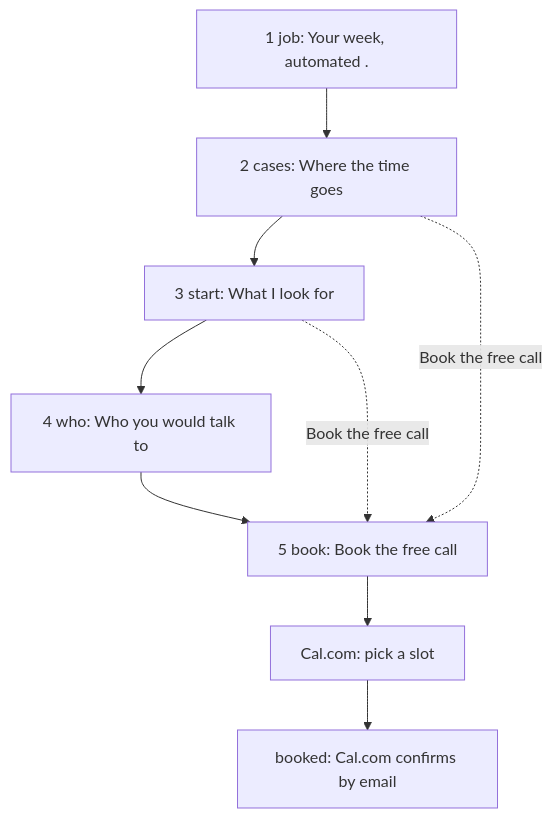
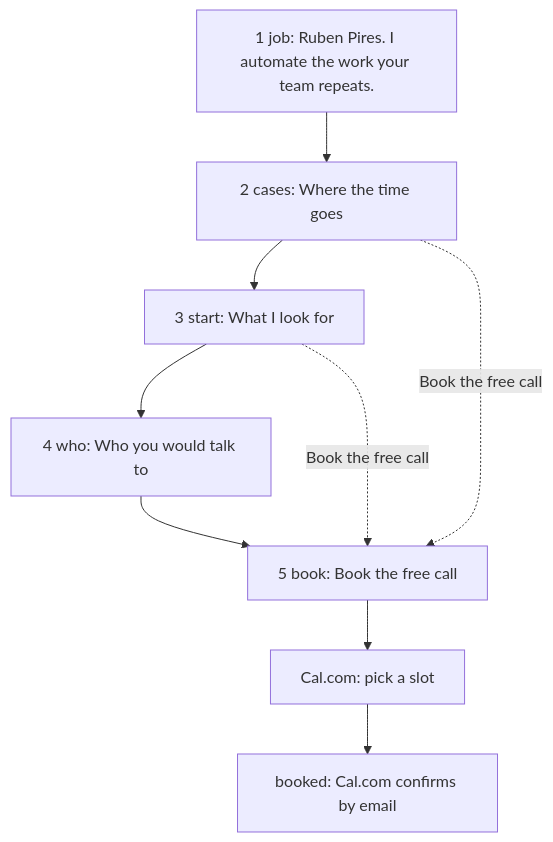
Before and after one commit to Rwb3n/rwb3n.github.io: the diagram in _model/current/process.md, drawn with Mermaid. The commit also changed other lines of this file and 12 other files, not shown here.

````diff
--- a/_model/current/process.md
+++ b/_model/current/process.md
@@ -8,15 +8,15 @@
 ```mermaid
 flowchart TD
-  S0["1 job: Your week, automated ."]
+  S0["1 job: Ruben Pires. I automate the work your team repeats."]
   S1["2 cases: Where the time goes"]
   S2["3 start: What I look for"]
   S3["4 who: Who you would talk to"]
   S4["5 book: Book the free call"]
   S0 --> S1
   S1 --> S2
   S2 --> S3
   S3 --> S4
   S1 -. "Book the free call" .-> S4
   S2 -. "Book the free call" .-> S4
   S4 --> C["Cal.com: pick a slot"] --> D["booked: Cal.com confirms by email"]
 ```
````
